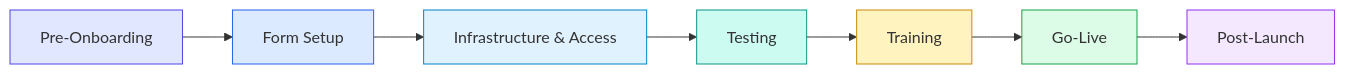
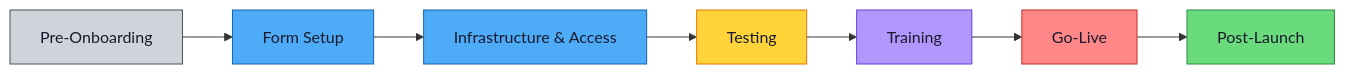
The diagram in docs/rollout-checklist.md (michaelhuot-msft/forms-to-fabric), drawn with Mermaid before and after one commit. The commit also changed 2 other files, not shown here.

Commit message:
Adopt standard dual-mode Mermaid palette across all diagrams
Applied the standard WCAG-compliant palette from copilot
instructions template:
- Primary (#4dabf7), Success (#69db7c), Warning (#ffd43b),
  Danger (#ff8787), Info (#b197fc), Neutral (#ced4da)
- All visible on light AND dark backgrounds
- Replaced ad-hoc style directives with classDef classes

Updated: copilot-instructions.md (full palette guide),
registration-form-template.md (2 diagrams),
rollout-checklist.md (1 diagram)

Banned: fill:#dbeafe, fill:#d3f9d8, fill:#1e1e1e (invisible on dark)

````diff
--- a/docs/rollout-checklist.md
+++ b/docs/rollout-checklist.md
@@ -5,17 +5,24 @@
 ```mermaid
 graph LR
     A["Pre-Onboarding"] --> B["Form Setup"]
     B --> C["Infrastructure & Access"]
     C --> D["Testing"]
     D --> E["Training"]
     E --> F["Go-Live"]
     F --> G["Post-Launch"]
 
-    style A fill:#e0e7ff,stroke:#4f46e5
-    style B fill:#dbeafe,stroke:#2563eb
-    style C fill:#e0f2fe,stroke:#0284c7
-    style D fill:#ccfbf1,stroke:#0d9488
-    style E fill:#fff3bf,stroke:#ca8a04
-    style F fill:#dcfce7,stroke:#16a34a
-    style G fill:#f3e8ff,stroke:#9333ea
+    classDef primary fill:#4dabf7,stroke:#1864ab,color:#1a1a2e
+    classDef success fill:#69db7c,stroke:#2b8a3e,color:#1a1a2e
+    classDef warning fill:#ffd43b,stroke:#e67700,color:#1a1a2e
+    classDef danger fill:#ff8787,stroke:#c92a2a,color:#1a1a2e
+    classDef info fill:#b197fc,stroke:#6741d9,color:#1a1a2e
+    classDef neutral fill:#ced4da,stroke:#495057,color:#1a1a2e
+
+    A:::neutral
+    B:::primary
+    C:::primary
+    D:::warning
+    E:::info
+    F:::danger
+    G:::success
 ```
````
